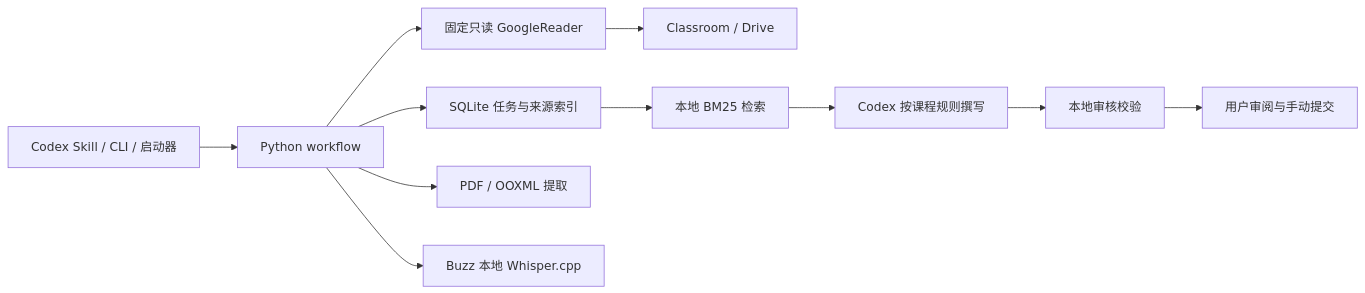
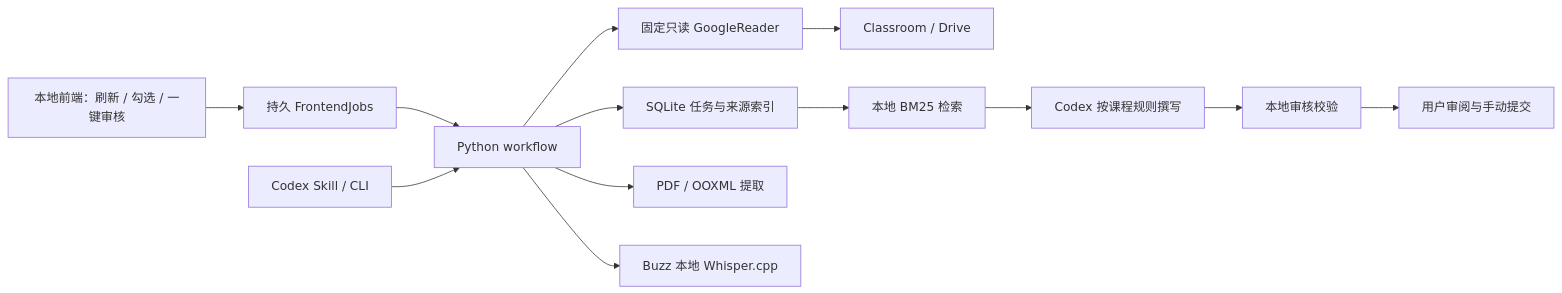
Before and after one commit to shu2223/classroomautowork: the diagram in docs/architecture.md, drawn with Mermaid. The commit also changed other lines of this file and 18 other files, not shown here.

````diff
--- a/docs/architecture.md
+++ b/docs/architecture.md
@@ -3,13 +3,15 @@
 ```mermaid
 flowchart LR
-  S[Codex Skill / CLI / 启动器] --> W[Python workflow]
+  UI[本地前端：刷新 / 勾选 / 一键审核] --> J[持久 FrontendJobs]
+  J --> W[Python workflow]
+  S[Codex Skill / CLI] --> W
   W --> G[固定只读 GoogleReader]
   G --> C[Classroom / Drive]
   W --> T[SQLite 任务与来源索引]
   W --> E[PDF / OOXML 提取]
   W --> B[Buzz 本地 Whisper.cpp]
   T --> R[本地 BM25 检索]
   R --> D[Codex 按课程规则撰写]
   D --> V[本地审核校验]
   V --> H[用户审阅与手动提交]
 ```
````
